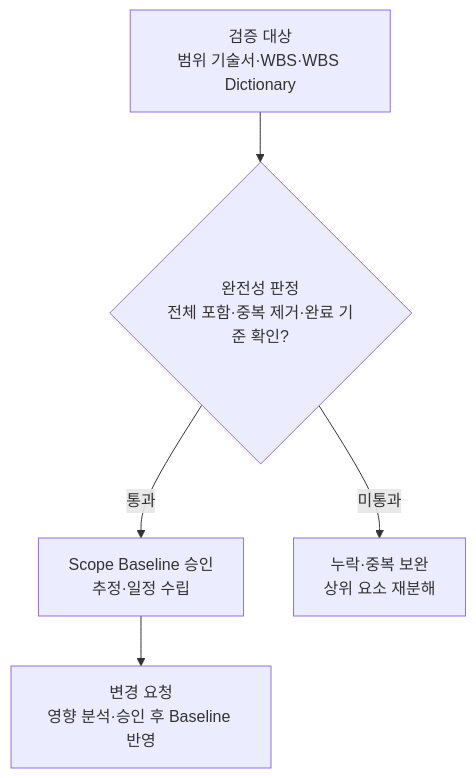
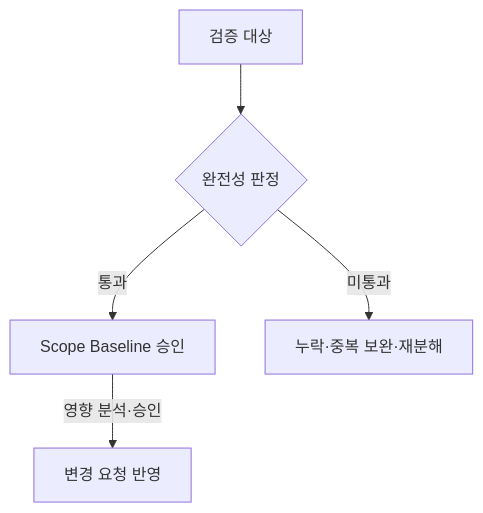
The third of 5 diagrams in src/content/docs/notes/itpe/01-it-strategy/007_wbs.md (agnusdei1207/study), drawn with Mermaid before and after one commit. The commit also changed other lines of this file and 19 other files, not shown here.

````diff
--- a/src/content/docs/notes/itpe/01-it-strategy/007_wbs.md
+++ b/src/content/docs/notes/itpe/01-it-strategy/007_wbs.md
@@ -81,7 +88,7 @@
 ```mermaid
 flowchart TD
-    T["검증 대상<br/>범위 기술서·WBS·WBS Dictionary"] --> Q{"완전성 판정<br/>전체 포함·중복 제거·완료 기준 확인?"}
-    Q -->|통과| P["Scope Baseline 승인<br/>추정·일정 수립"]
-    Q -->|미통과| R["누락·중복 보완<br/>상위 요소 재분해"]
-    P --> CR["변경 요청<br/>영향 분석·승인 후 Baseline 반영"]
+    T["검증 대상"] --> Q{"완전성 판정"}
+    Q -->|통과| P["Scope Baseline 승인"]
+    Q -->|미통과| R["누락·중복 보완·재분해"]
+    P -->|"영향 분석·승인"| CR["변경 요청 반영"]
 ```
````
